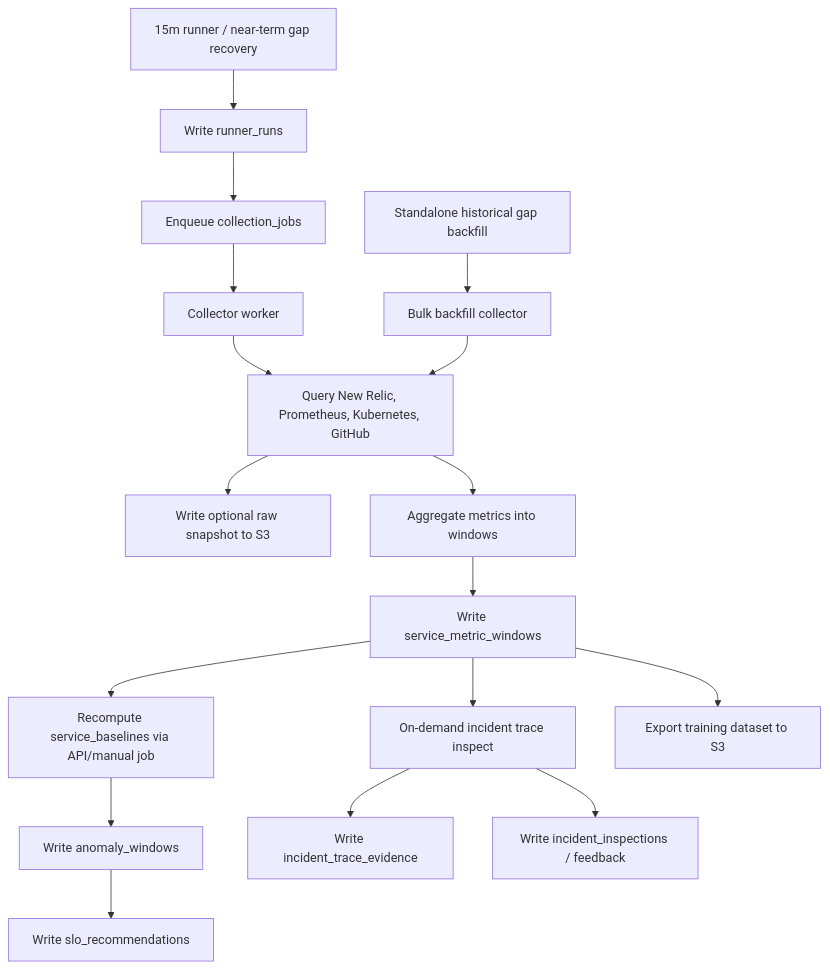
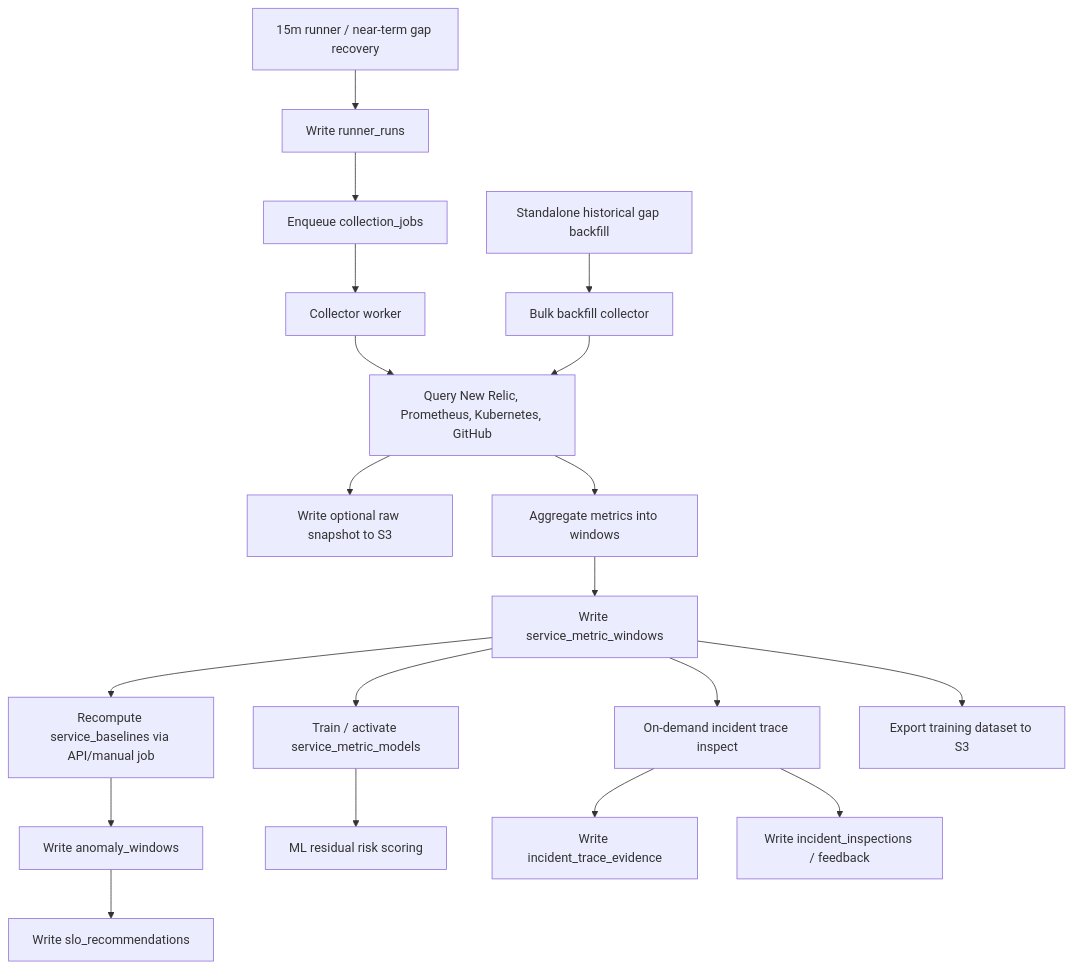
The diagram in docs/data-storage.md (Deraiven/sre-agent), drawn with Mermaid before and after one commit. The commit also changed other lines of this file and 8 other files, not shown here.

Commit message:
Add SLO recommendations and ML residual risk scoring

````diff
--- a/docs/data-storage.md
+++ b/docs/data-storage.md
@@ -410,19 +431,21 @@
 ```mermaid
 flowchart TD
     Scheduler["15m runner / near-term gap recovery"] --> RunAudit["Write runner_runs"]
     RunAudit --> Queue["Enqueue collection_jobs"]
     Queue --> Worker["Collector worker"]
     HistoricalBackfill["Standalone historical gap backfill"] --> Bulk["Bulk backfill collector"]
     Worker --> Query["Query New Relic, Prometheus, Kubernetes, GitHub"]
     Bulk --> Query
     Query --> Snapshot["Write optional raw snapshot to S3"]
     Query --> Aggregate["Aggregate metrics into windows"]
     Aggregate --> Postgres["Write service_metric_windows"]
     Postgres --> Baseline["Recompute service_baselines via API/manual job"]
     Baseline --> Label["Write anomaly_windows"]
     Label --> SLO["Write slo_recommendations"]
+    Postgres --> Model["Train / activate service_metric_models"]
+    Model --> Risk["ML residual risk scoring"]
     Postgres --> Trace["On-demand incident trace inspect"]
     Trace --> TraceStore["Write incident_trace_evidence"]
     Trace --> InspectStore["Write incident_inspections / feedback"]
     Postgres --> Export["Export training dataset to S3"]
 ```
````
